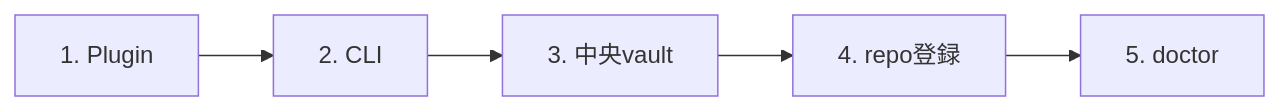
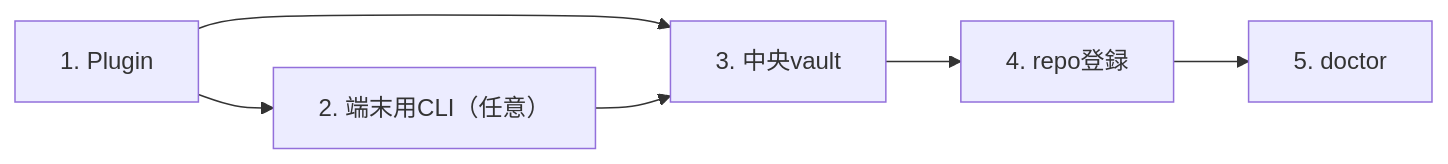
One commit to skanehira1126/knowledge-refinery changed the diagram in docs/getting-started.md. Above: the diagram before and after it, drawn with Mermaid. The commit also changed other lines of this file and 41 other files, not shown here.

````diff
--- a/docs/getting-started.md
+++ b/docs/getting-started.md
@@ -17,4 +17,5 @@
 ```mermaid
 flowchart LR
-    P["1. Plugin"] --> C["2. CLI"] --> V["3. 中央vault"] --> R["4. repo登録"] --> D["5. doctor"]
+    P["1. Plugin"] --> V["3. 中央vault"] --> R["4. repo登録"] --> D["5. doctor"]
+    P --> C["2. 端末用CLI（任意）"] --> V
 ```
````
